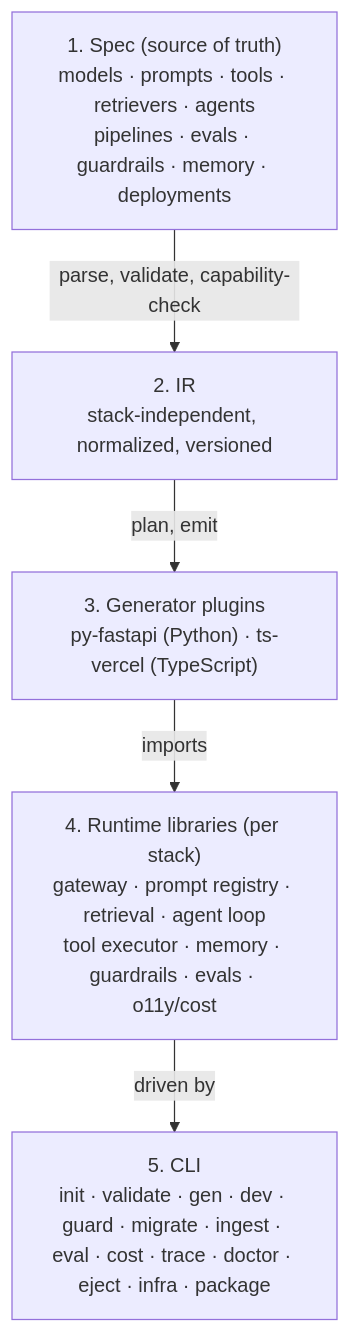
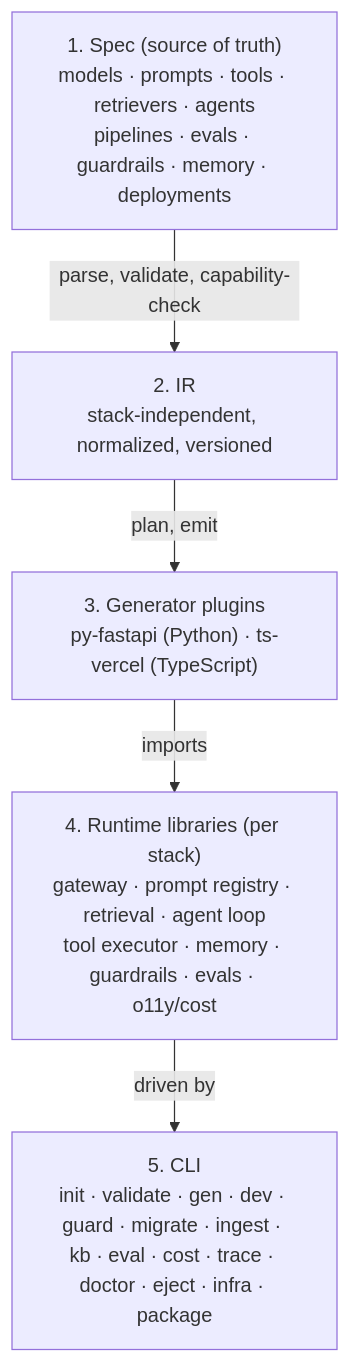
Before and after one commit to aid-framework/aid-framework: the diagram in README.md, drawn with Mermaid. The commit also changed other lines of this file and 23 other files, not shown here.

````diff
--- a/README.md
+++ b/README.md
@@ -45,12 +45,12 @@
 ```mermaid
 flowchart TD
     A["1. Spec (source of truth)<br/>models · prompts · tools · retrievers · agents<br/>pipelines · evals · guardrails · memory · deployments"]
     B["2. IR<br/>stack-independent, normalized, versioned"]
     C["3. Generator plugins<br/>py-fastapi (Python) · ts-vercel (TypeScript)"]
     D["4. Runtime libraries (per stack)<br/>gateway · prompt registry · retrieval · agent loop<br/>tool executor · memory · guardrails · evals · o11y/cost"]
-    E["5. CLI<br/>init · validate · gen · dev · guard · migrate · ingest · eval · cost · trace · doctor · eject · infra · package"]
+    E["5. CLI<br/>init · validate · gen · dev · guard · migrate · ingest · kb · eval · cost · trace · doctor · eject · infra · package"]
     A -->|parse, validate, capability-check| B
     B -->|plan, emit| C
     C -->|imports| D
     D -->|driven by| E
 ```
````
